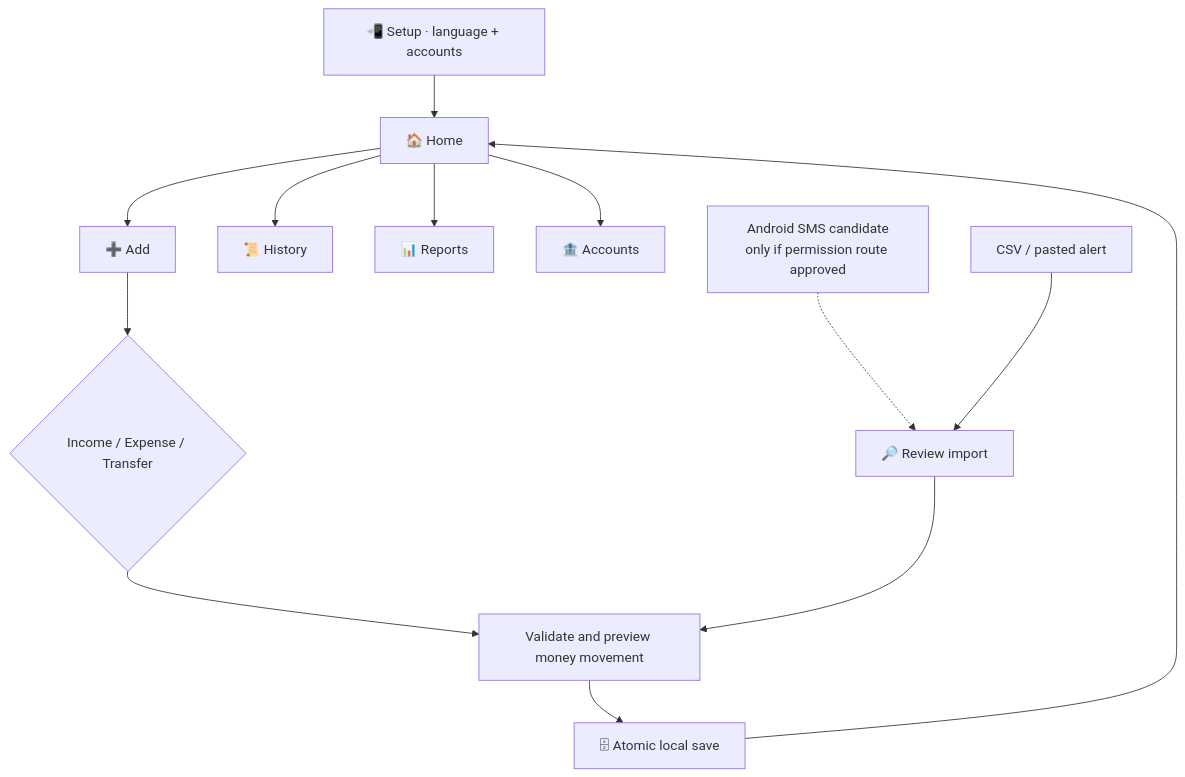
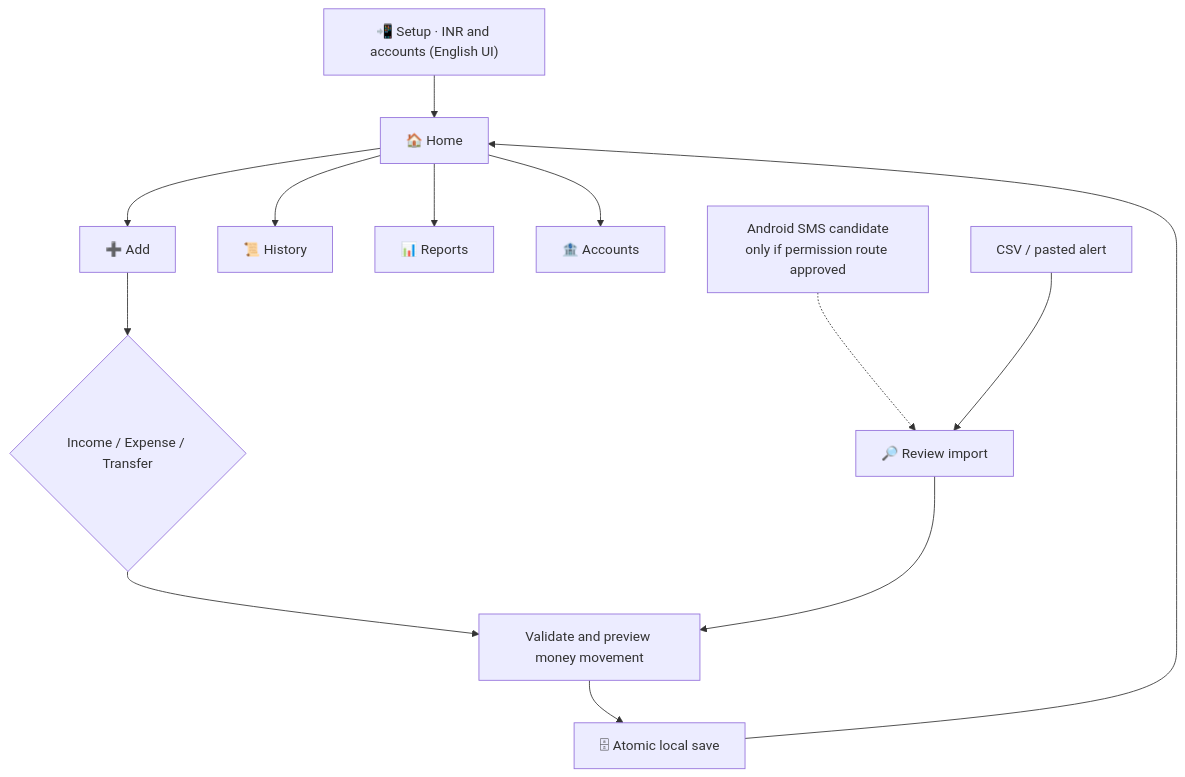
Before and after one commit to im-tnyx/Tio-Money: the first of 2 diagrams in docs/00-INDEX.md, drawn with Mermaid. The commit also changed other lines of this file and 7 other files, not shown here.

````diff
--- a/docs/00-INDEX.md
+++ b/docs/00-INDEX.md
@@ -45,15 +46,15 @@
 ```mermaid
 flowchart TD
-  O["📲 Setup · language + accounts"] --> H["🏠 Home"]
+  O["📲 Setup · INR and accounts (English UI)"] --> H["🏠 Home"]
   H --> ADD["➕ Add"]
   H --> HIS["📜 History"]
   H --> REP["📊 Reports"]
   H --> ACC["🏦 Accounts"]
   ADD --> TYPE{"Income / Expense / Transfer"}
   TYPE --> VALID["Validate and preview money movement"]
   VALID --> SAVE["🗄 Atomic local save"]
   SAVE --> H
   SMS["Android SMS candidate<br/>only if permission route approved"] -.-> REVIEW["🔎 Review import"]
   CSV["CSV / pasted alert"] --> REVIEW
   REVIEW --> VALID
 ```
````
